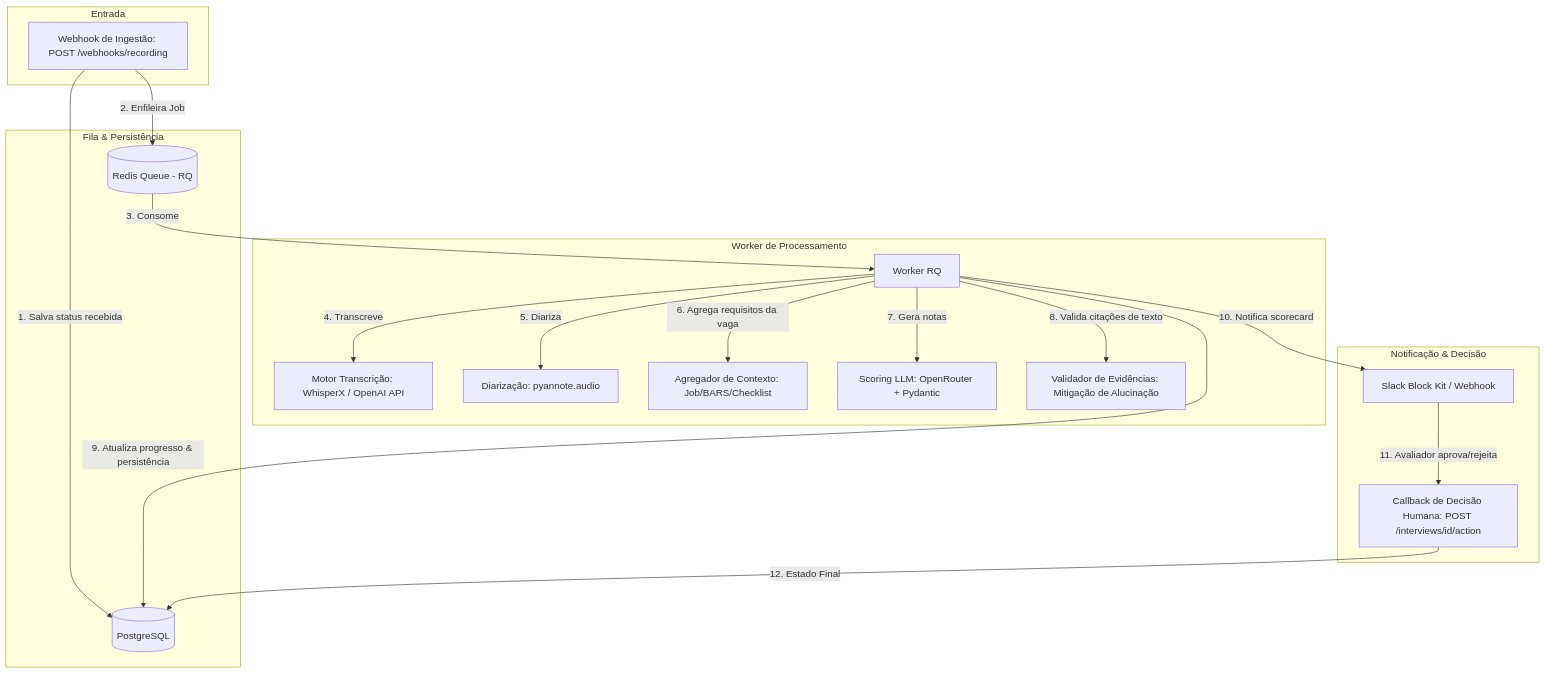
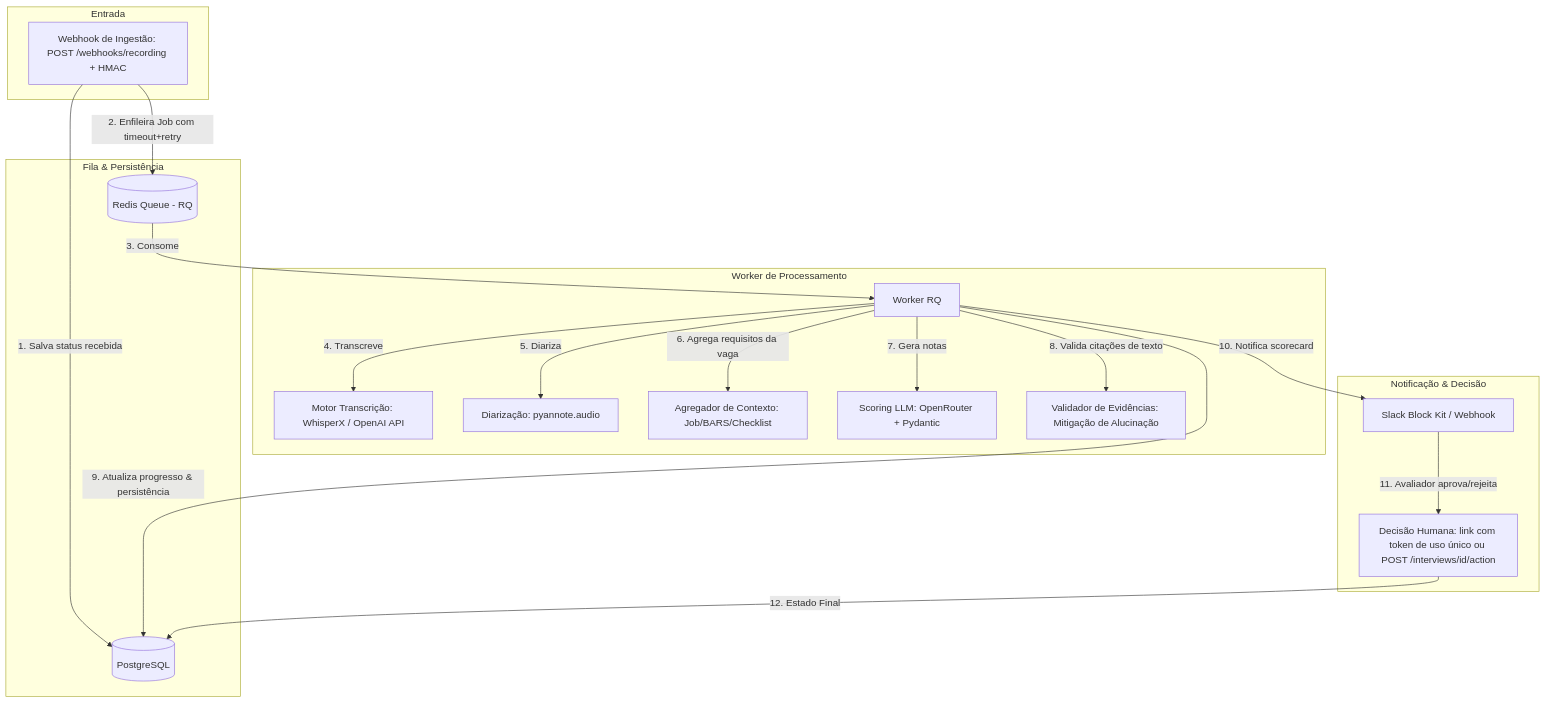
The diagram in README.md (luccapinto/scorecard-pipeline), drawn with Mermaid before and after one commit. The commit also changed other lines of this file and 37 other files, not shown here.

````diff
--- a/README.md
+++ b/README.md
@@ -11,38 +11,38 @@
 ```mermaid
 flowchart TD
     subgraph Entrada
-        Webhook[Webhook de Ingestão: POST /webhooks/recording]
+        Webhook[Webhook de Ingestão: POST /webhooks/recording + HMAC]
     end
 
     subgraph Fila & Persistência
         Redis[(Redis Queue - RQ)]
         Postgres[(PostgreSQL)]
     end
 
     subgraph Worker de Processamento
         Worker[Worker RQ]
         Transcribe[Motor Transcrição: WhisperX / OpenAI API]
         Diarize[Diarização: pyannote.audio]
         Context[Agregador de Contexto: Job/BARS/Checklist]
         LLM[Scoring LLM: OpenRouter + Pydantic]
         Validator[Validador de Evidências: Mitigação de Alucinação]
     end
 
     subgraph Notificação & Decisão
         Slack[Slack Block Kit / Webhook]
-        Approver[Callback de Decisão Humana: POST /interviews/id/action]
+        Approver[Decisão Humana: link com token de uso único ou POST /interviews/id/action]
     end
 
     Webhook -->|1. Salva status recebida| Postgres
-    Webhook -->|2. Enfileira Job| Redis
+    Webhook -->|2. Enfileira Job com timeout+retry| Redis
     Redis -->|3. Consome| Worker
     Worker -->|4. Transcreve| Transcribe
     Worker -->|5. Diariza| Diarize
     Worker -->|6. Agrega requisitos da vaga| Context
     Worker -->|7. Gera notas| LLM
     Worker -->|8. Valida citações de texto| Validator
     Worker -->|9. Atualiza progresso & persistência| Postgres
     Worker -->|10. Notifica scorecard| Slack
     Slack -->|11. Avaliador aprova/rejeita| Approver
     Approver -->|12. Estado Final| Postgres
 ```
````
